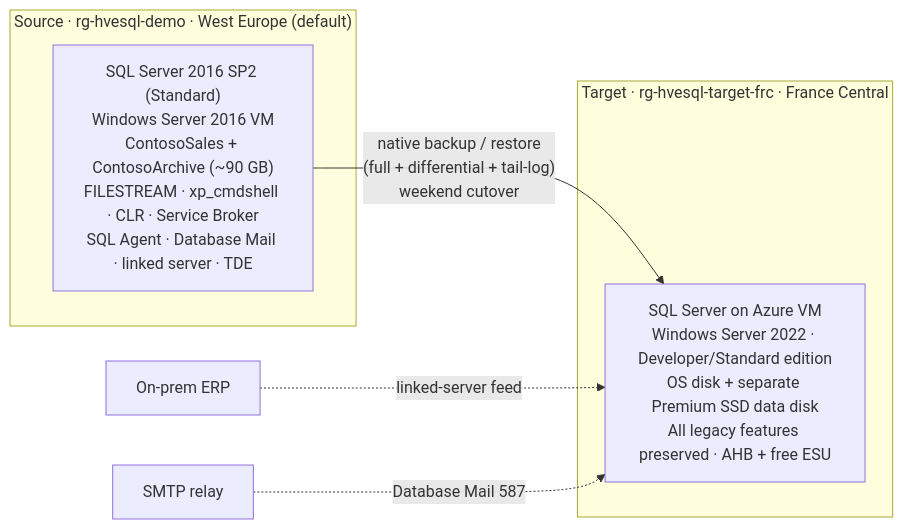
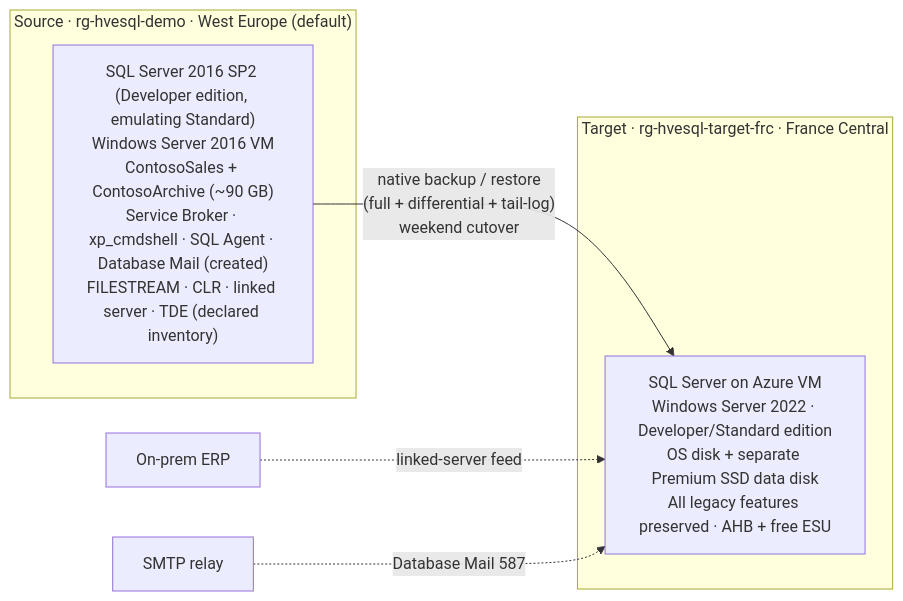
Before and after one commit to fredgis/FY27SQLMotion: the diagram in lab/docs/04-lab-vm-to-vm.md, drawn with Mermaid. The commit also changed other lines of this file and 3 other files, not shown here.

````diff
--- a/lab/docs/04-lab-vm-to-vm.md
+++ b/lab/docs/04-lab-vm-to-vm.md
@@ -52,12 +52,12 @@
 ```mermaid
 flowchart LR
     subgraph SRC["Source · rg-hvesql-demo · West Europe (default)"]
-        SVM["SQL Server 2016 SP2 (Standard)\nWindows Server 2016 VM\nContosoSales + ContosoArchive (~90 GB)\nFILESTREAM · xp_cmdshell · CLR · Service Broker\nSQL Agent · Database Mail · linked server · TDE"]
+        SVM["SQL Server 2016 SP2 (Developer edition, emulating Standard)\nWindows Server 2016 VM\nContosoSales + ContosoArchive (~90 GB)\nService Broker · xp_cmdshell · SQL Agent · Database Mail (created)\nFILESTREAM · CLR · linked server · TDE (declared inventory)"]
     end
     subgraph TGT["Target · rg-hvesql-target-frc · France Central"]
         TVM["SQL Server on Azure VM\nWindows Server 2022 · Developer/Standard edition\nOS disk + separate Premium SSD data disk\nAll legacy features preserved · AHB + free ESU"]
     end
     SVM -->|"native backup / restore\n(full + differential + tail-log)\nweekend cutover"| TVM
     ERP["On-prem ERP"] -.->|"linked-server feed"| TVM
     SMTP["SMTP relay"] -.->|"Database Mail 587"| TVM
 ```
````
